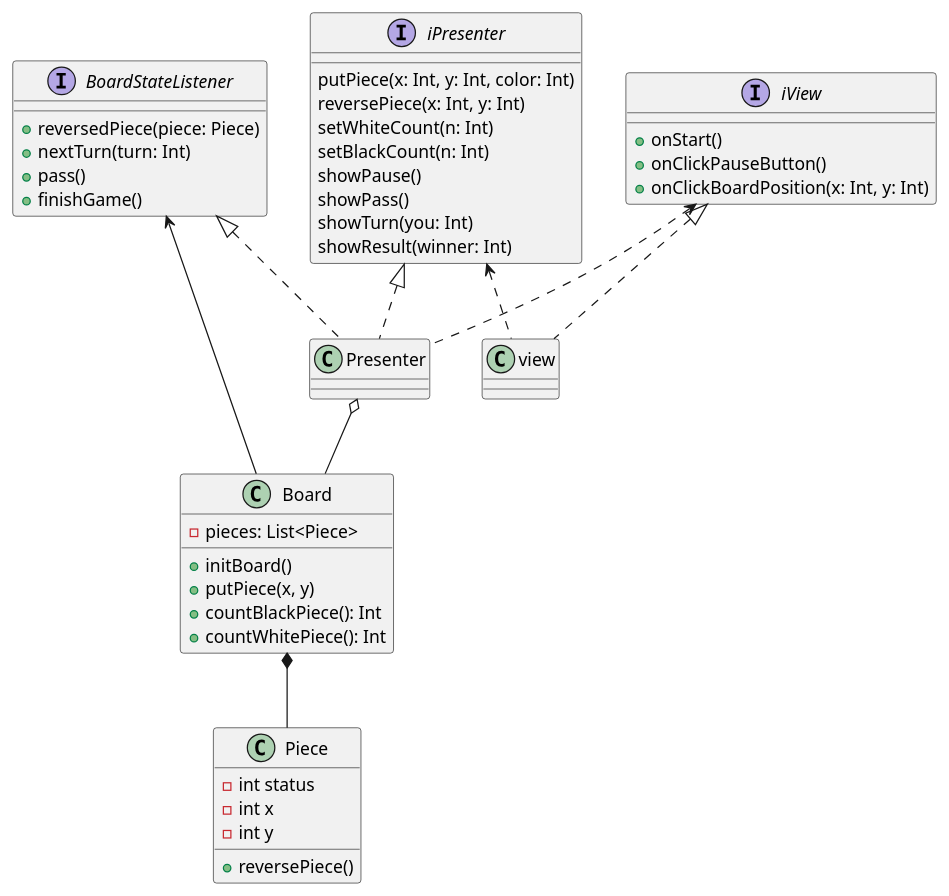
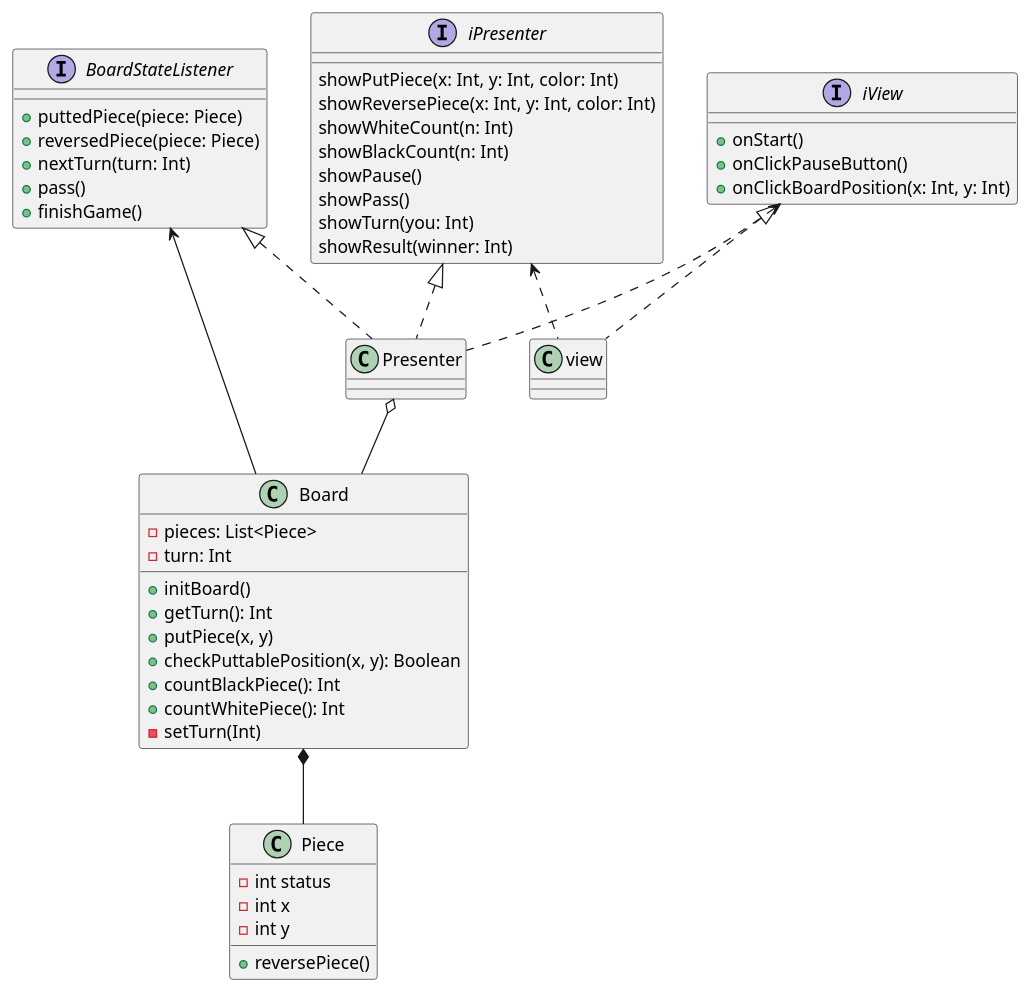
One commit to Issei0804-ie/Uhyo changed the diagram in uml/class/game.puml. Above: the diagram before and after it, drawn with PlantUML.

Commit message:
fix ゲームクラス図

```diff
--- a/uml/class/game.puml
+++ b/uml/class/game.puml
@@ -1,54 +1,59 @@
 @startuml
 Presenter o-- Board
 Board *-- Piece
 iView <.. Presenter
 iView <|.. view
 BoardStateListener <|.. Presenter
 BoardStateListener <-- Board
 iPresenter <|.. Presenter
 iPresenter <.. view
 
 class Board {
     - pieces: List<Piece>
+    - turn: Int
     + initBoard()
+    + getTurn(): Int
     + putPiece(x, y)
+    + checkPuttablePosition(x, y): Boolean
     + countBlackPiece(): Int
     + countWhitePiece(): Int
+    - setTurn(Int)
 }
 
 interface BoardStateListener {
+    + puttedPiece(piece: Piece)
     + reversedPiece(piece: Piece)
     + nextTurn(turn: Int)
     + pass()
     + finishGame()
 }
 
 class Piece {
     - int status
     - int x
     - int y
     + reversePiece()
 }
 
 interface iView {
     + onStart()
     + onClickPauseButton()
     + onClickBoardPosition(x: Int, y: Int)
 }
 
 class view {}
 
 interface iPresenter {
-    putPiece(x: Int, y: Int, color: Int)
-    reversePiece(x: Int, y: Int)
-    setWhiteCount(n: Int)
-    setBlackCount(n: Int)
+    showPutPiece(x: Int, y: Int, color: Int)
+    showReversePiece(x: Int, y: Int, color: Int)
+    showWhiteCount(n: Int)
+    showBlackCount(n: Int)
     showPause()
     showPass()
     showTurn(you: Int)
     showResult(winner: Int)
 }
 class Presenter {
 
 }
 @enduml
```
